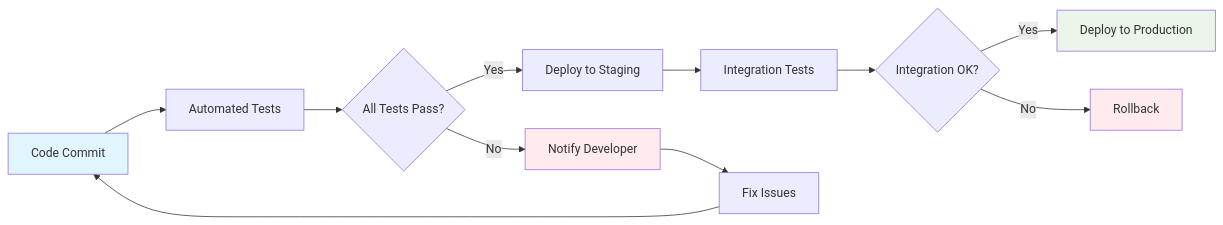
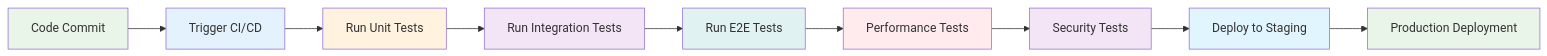
One commit to mg22mex/finalproject-mg changed the eighth of 11 diagrams in prompts-mg.md. Above: the diagram before and after it, drawn with Mermaid. The commit also changed other lines of this file and 61386 other files, not shown here.

````diff
--- a/prompts-mg.md
+++ b/prompts-mg.md
@@ -873,18 +755,21 @@
 ```mermaid
 graph LR
-    A[Code Commit] --> B[Automated Tests]
-    B --> C{All Tests Pass?}
-    C -->|Yes| D[Deploy to Staging]
-    C -->|No| E[Notify Developer]
-    D --> F[Integration Tests]
-    F --> G{Integration OK?}
-    G -->|Yes| H[Deploy to Production]
-    G -->|No| I[Rollback]
-    E --> J[Fix Issues]
-    J --> A
+    A[Code Commit] --> B[Trigger CI/CD]
+    B --> C[Run Unit Tests]
+    C --> D[Run Integration Tests]
+    D --> E[Run E2E Tests]
+    E --> F[Performance Tests]
+    F --> G[Security Tests]
+    G --> H[Deploy to Staging]
+    H --> I[Production Deployment]
     
-    style A fill:#e1f5fe
-    style H fill:#e8f5e8
-    style E fill:#ffebee
-    style I fill:#ffebee
+    style A fill:#e8f5e8
+    style B fill:#e3f2fd
+    style C fill:#fff3e0
+    style D fill:#f3e5f5
+    style E fill:#e0f2f1
+    style F fill:#ffebee
+    style G fill:#f3e5f5
+    style H fill:#e1f5fe
+    style I fill:#e8f5e8
 ```
````
